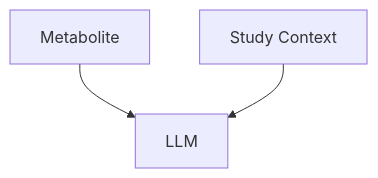
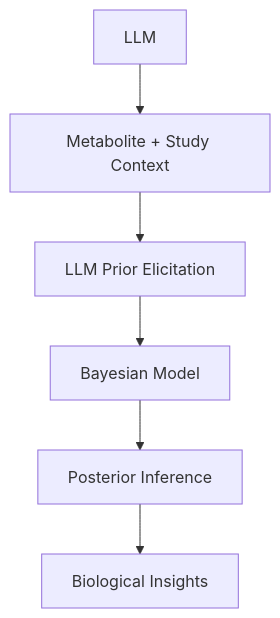
Before and after one commit to chi-raag/apriomics: the first of 2 diagrams in presentations/jsm-2025.qmd, drawn with Mermaid. The commit also changed other lines of this file and 9 other files, not shown here.

First line of the commit message:
Add mermaid postprocess shim to improve SVG rendering

````diff
--- a/presentations/jsm-2025.qmd
+++ b/presentations/jsm-2025.qmd
@@ -277,6 +70,8 @@
 ```{mermaid}
-%%| fig-width: 1.75
 graph TD;
-    A[Metabolite] --> C[LLM]
-    B[Study Context] --> C
+    A[LLM] --> B[Metabolite + Study Context]
+    B --> C[LLM Prior Elicitation]
+    C --> D[Bayesian Model]
+    D --> E[Posterior Inference]
+    E --> F[Biological Insights]
 ```
````
